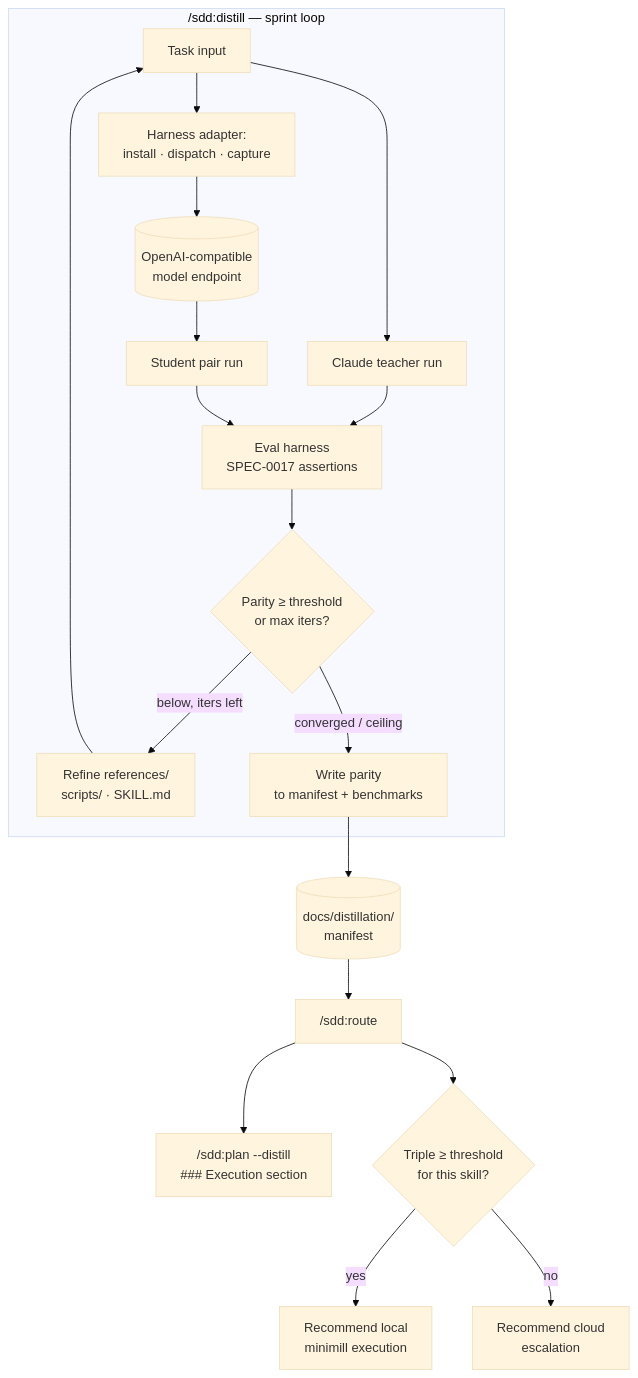
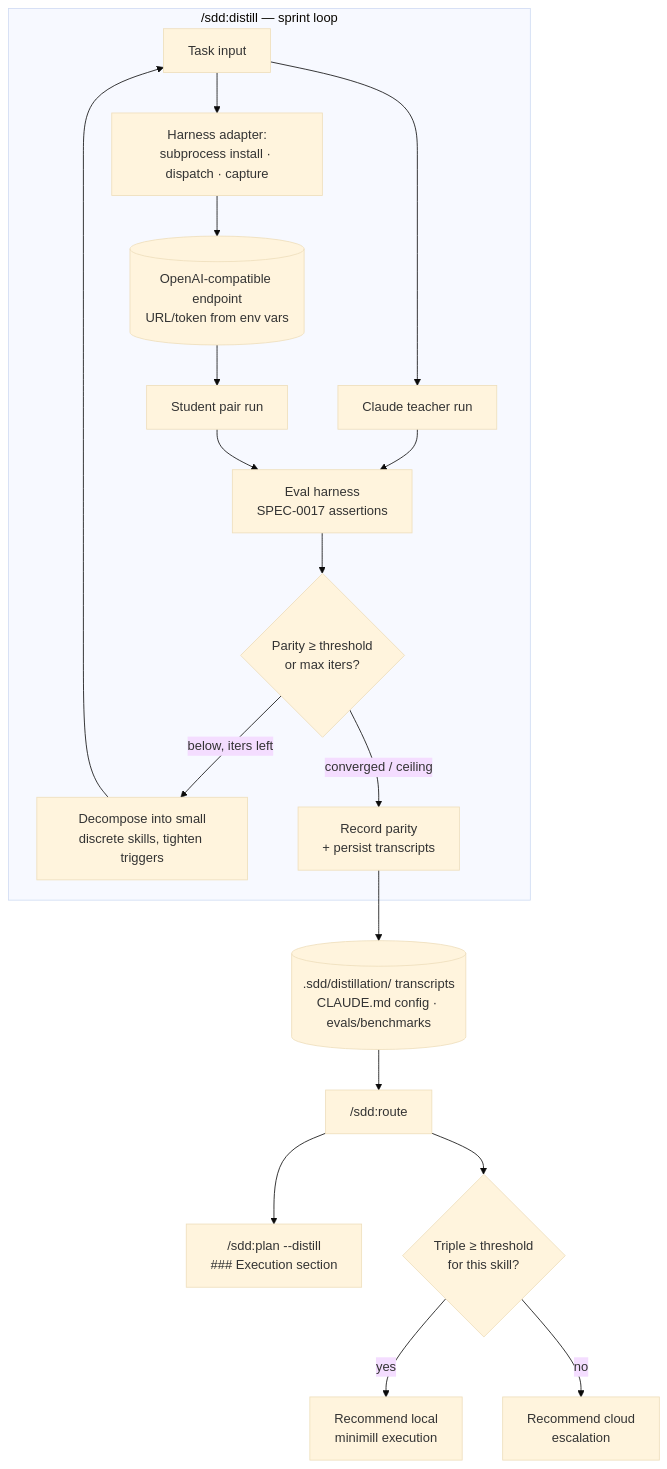
Before and after one commit to joestump/claude-plugin-sdd: the diagram in docs/openspec/specs/skill-distillation/design.md, drawn with Mermaid (base theme). The commit also changed other lines of this file and 3 other files, not shown here.

````diff
--- a/docs/openspec/specs/skill-distillation/design.md
+++ b/docs/openspec/specs/skill-distillation/design.md
@@ -61,22 +64,22 @@
 ```mermaid
 flowchart TD
     subgraph Distill["/sdd:distill — sprint loop"]
         TASK[Task input] --> TEACH[Claude teacher run]
-        TASK --> DISP[Harness adapter:\ninstall · dispatch · capture]
-        DISP --> ENDPT[(OpenAI-compatible\nmodel endpoint)]
+        TASK --> DISP[Harness adapter:\nsubprocess install · dispatch · capture]
+        DISP --> ENDPT[(OpenAI-compatible endpoint\nURL/token from env vars)]
         ENDPT --> STUD[Student pair run]
         TEACH --> SCORE[Eval harness\nSPEC-0017 assertions]
         STUD --> SCORE
         SCORE --> THRESH{Parity ≥ threshold\nor max iters?}
-        THRESH -- below, iters left --> REFINE[Refine references/\nscripts/ · SKILL.md]
+        THRESH -- below, iters left --> REFINE[Decompose into small\ndiscrete skills, tighten triggers]
         REFINE --> TASK
-        THRESH -- converged / ceiling --> WRITE[Write parity\nto manifest + benchmarks]
+        THRESH -- converged / ceiling --> WRITE[Record parity\n+ persist transcripts]
     end
 
-    WRITE --> MANIFEST[(docs/distillation/\nmanifest)]
-    MANIFEST --> ROUTE["/sdd:route"]
+    WRITE --> STORE[(.sdd/distillation/ transcripts\nCLAUDE.md config · evals/benchmarks)]
+    STORE --> ROUTE["/sdd:route"]
     ROUTE --> PLAN["/sdd:plan --distill\n### Execution section"]
     ROUTE --> DECISION{Triple ≥ threshold\nfor this skill?}
     DECISION -- yes --> LOCAL[Recommend local\nminimill execution]
     DECISION -- no --> CLOUD[Recommend cloud\nescalation]
 ```
````
